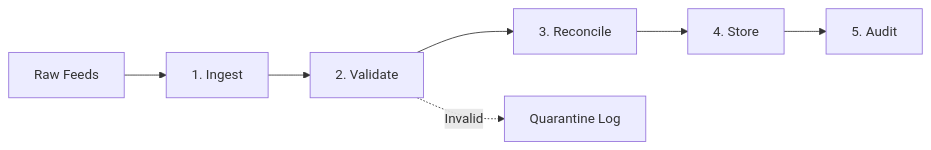
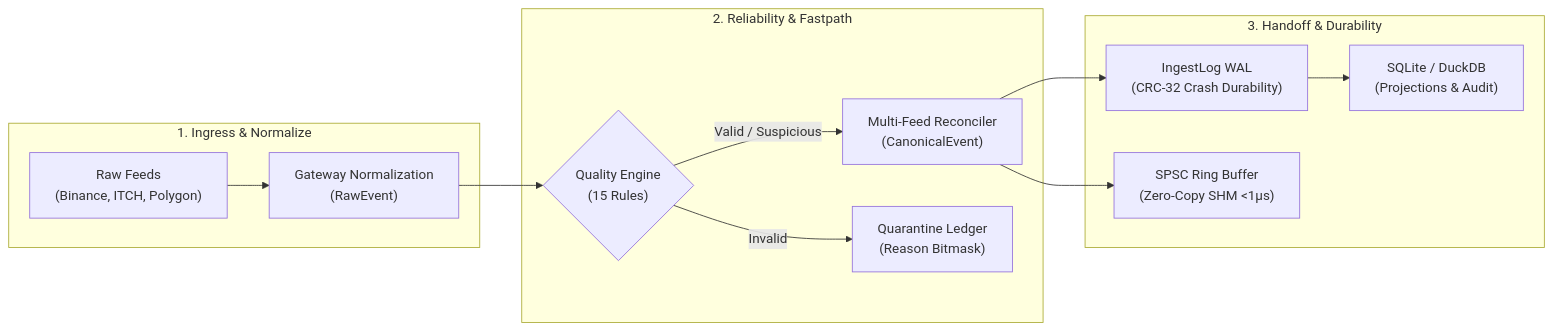
One commit to Aryan-20-04/mdrap changed the diagram in README.md. Above: the diagram before and after it, drawn with Mermaid. The commit also changed other lines of this file and 11 other files, not shown here.

````diff
--- a/README.md
+++ b/README.md
@@ -64,9 +46,16 @@
 ```mermaid
 flowchart LR
-    A["Raw Feeds"] --> B["1. Ingest"]
-    B --> C["2. Validate"]
-    C --> D["3. Reconcile"]
-    D --> E["4. Store"]
-    E --> F["5. Audit"]
-    C -. Invalid .-> Q["Quarantine Log"]
+    subgraph Ingress ["1. Ingress & Normalize"]
+        A["Raw Feeds\n(Binance, ITCH, Polygon)"] --> B["Gateway Normalization\n(RawEvent)"]
+    end
+    subgraph Core ["2. Reliability & Fastpath"]
+        B --> C{"Quality Engine\n(15 Rules)"}
+        C -->|Valid / Suspicious| D["Multi-Feed Reconciler\n(CanonicalEvent)"]
+        C -->|Invalid| Q["Quarantine Ledger\n(Reason Bitmask)"]
+    end
+    subgraph Handoff ["3. Handoff & Durability"]
+        D --> E["IngestLog WAL\n(CRC-32 Crash Durability)"]
+        D --> F["SPSC Ring Buffer\n(Zero-Copy SHM <1µs)"]
+        E --> G["SQLite / DuckDB\n(Projections & Audit)"]
+    end
 ```
````
